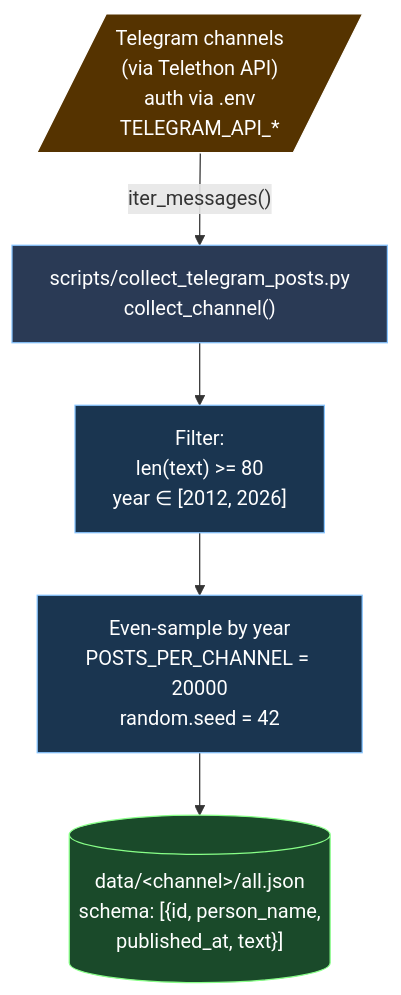
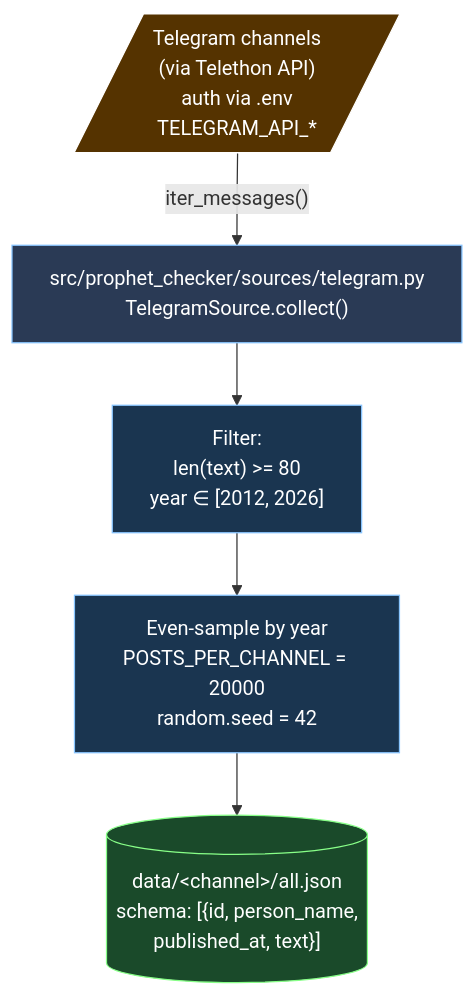
The diagram in docs/architecture/2026-04-26-flow-1-telegram-collection.md (evgeniy44/prediction-tracker), drawn with Mermaid before and after one commit. The commit also changed other lines of this file and 3 other files, not shown here.

Commit message:
refactor(sources): remove legacy collect_telegram_posts.py — superseded by TelegramSource (Task 21)

````diff
--- a/docs/architecture/2026-04-26-flow-1-telegram-collection.md
+++ b/docs/architecture/2026-04-26-flow-1-telegram-collection.md
@@ -13,16 +13,16 @@
 ```mermaid
 flowchart TD
     TG[/"Telegram channels<br/>(via Telethon API)<br/>auth via .env<br/>TELEGRAM_API_*"/]:::ext
-    Script["scripts/collect_telegram_posts.py<br/>collect_channel()"]:::script
+    Source["src/prophet_checker/sources/telegram.py<br/>TelegramSource.collect()"]:::script
     Filter["Filter:<br/>len(text) >= 80<br/>year ∈ [2012, 2026]"]:::step
     Sample["Even-sample by year<br/>POSTS_PER_CHANNEL = 20000<br/>random.seed = 42"]:::step
     JSON[("data/&lt;channel&gt;/all.json<br/>schema: [{id, person_name,<br/>published_at, text}]")]:::store
 
-    TG -- "iter_messages()" --> Script
-    Script --> Filter --> Sample --> JSON
+    TG -- "iter_messages()" --> Source
+    Source --> Filter --> Sample --> JSON
 
     classDef ext fill:#553300,stroke:#fff,color:#fff
     classDef script fill:#2a3a55,stroke:#88c5ff,color:#fff
     classDef step fill:#1a3550,stroke:#88c5ff,color:#fff
     classDef store fill:#1a4a2a,stroke:#88ff88,color:#fff
 ```
````
